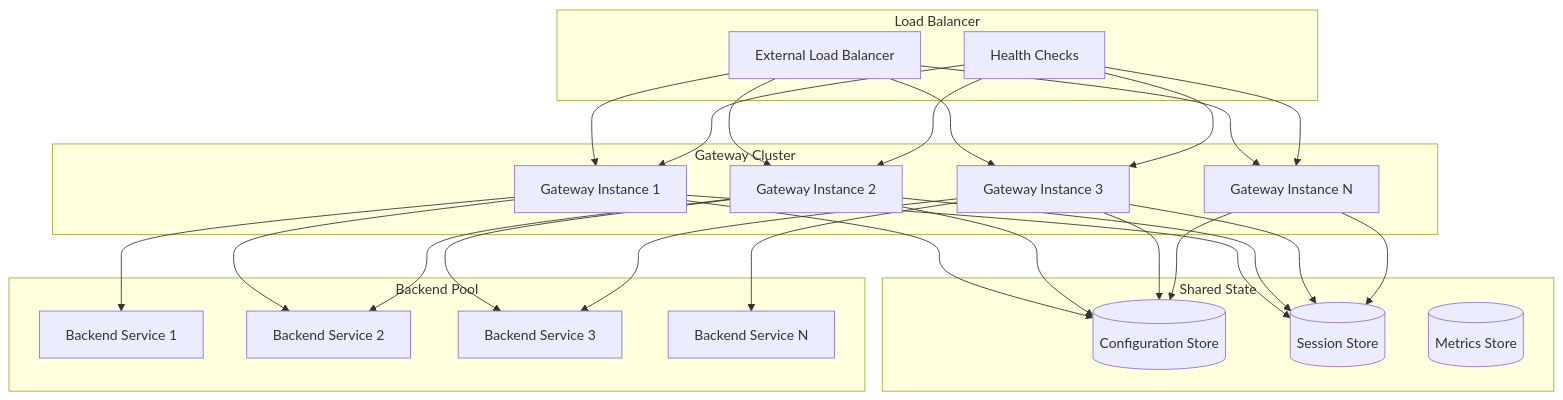
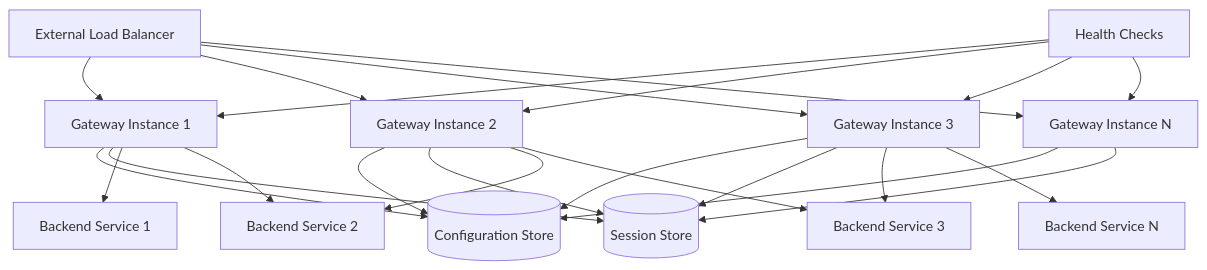
Before and after one commit to fluxsce/gateway: the ninth of 16 diagrams in docs/guide/architecture.md, drawn with Mermaid. The commit also changed other lines of this file and 1 other file, not shown here.

Commit message:
架构图显示错误修复

````diff
--- a/docs/guide/architecture.md
+++ b/docs/guide/architecture.md
@@ -410,54 +256,29 @@
 ```mermaid
 graph TB
-    subgraph "Load Balancer"
-        LB[External Load Balancer]
-        Health[Health Checks]
-    end
+    LB[External Load Balancer] --> GW1[Gateway Instance 1]
+    LB --> GW2[Gateway Instance 2]
+    LB --> GW3[Gateway Instance 3]
+    LB --> GWN[Gateway Instance N]
     
-    subgraph "Gateway Cluster"
-        GW1[Gateway Instance 1]
-        GW2[Gateway Instance 2]
-        GW3[Gateway Instance 3]
-        GWN[Gateway Instance N]
-    end
-    
-    subgraph "Shared State"
-        ConfigStore[(Configuration Store)]
-        SessionStore[(Session Store)]
-        MetricsStore[(Metrics Store)]
-    end
-    
-    subgraph "Backend Pool"
-        BE1[Backend Service 1]
-        BE2[Backend Service 2]
-        BE3[Backend Service 3]
-        BEN[Backend Service N]
-    end
-    
-    LB --> GW1
-    LB --> GW2
-    LB --> GW3
-    LB --> GWN
-    
-    GW1 --> ConfigStore
+    GW1 --> ConfigStore[(Configuration Store)]
     GW2 --> ConfigStore
     GW3 --> ConfigStore
     GWN --> ConfigStore
     
-    GW1 --> SessionStore
+    GW1 --> SessionStore[(Session Store)]
     GW2 --> SessionStore
     GW3 --> SessionStore
     GWN --> SessionStore
     
-    GW1 --> BE1
-    GW1 --> BE2
+    GW1 --> BE1[Backend Service 1]
+    GW1 --> BE2[Backend Service 2]
     GW2 --> BE2
-    GW2 --> BE3
+    GW2 --> BE3[Backend Service 3]
     GW3 --> BE3
-    GW3 --> BEN
+    GW3 --> BEN[Backend Service N]
     
-    Health --> GW1
+    Health[Health Checks] --> GW1
     Health --> GW2
     Health --> GW3
     Health --> GWN
 ```
````
